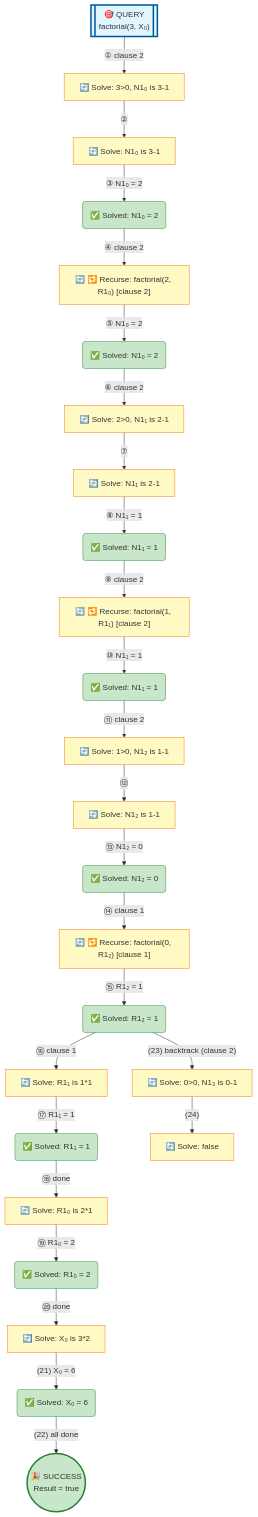
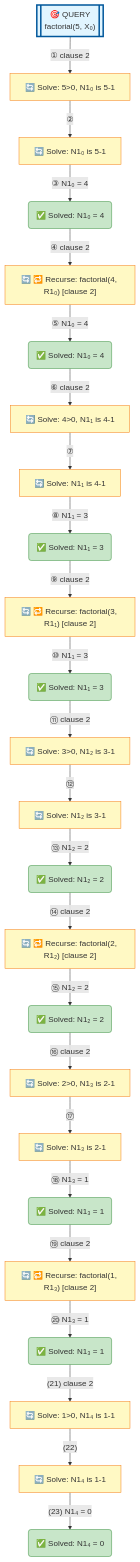
The diagram in examples/factorial-standard.md (jarecsni/prolog-trace-viz), drawn with Mermaid before and after one commit. The commit also changed other lines of this file and 14 other files, not shown here.

Commit message:
📝 regenerate all example outputs with latest fixes (clause filtering and final answer display)

````diff
--- a/examples/factorial-standard.md
+++ b/examples/factorial-standard.md
@@ -17,57 +17,55 @@
 graph TD
 
 %% Nodes
-A[["🎯 QUERY<br/>factorial(3, X₀)"]]
-B["🔄 Solve: 3>0, N1₀ is 3-1"]
-C["🔄 Solve: N1₀ is 3-1"]
-D("✅ Solved: N1₀ = 2")
-E["🔄 🔁 Recurse: factorial(2, R1₀) [clause 2]"]
-F("✅ Solved: N1₀ = 2")
-G["🔄 Solve: 2>0, N1₁ is 2-1"]
-H["🔄 Solve: N1₁ is 2-1"]
-I("✅ Solved: N1₁ = 1")
-J["🔄 🔁 Recurse: factorial(1, R1₁) [clause 2]"]
-K("✅ Solved: N1₁ = 1")
-L["🔄 Solve: 1>0, N1₂ is 1-1"]
-M["🔄 Solve: N1₂ is 1-1"]
-N("✅ Solved: N1₂ = 0")
-O["🔄 🔁 Recurse: factorial(0, R1₂) [clause 1]"]
-P("✅ Solved: R1₂ = 1")
-Q["🔄 Solve: R1₁ is 1*1"]
-R("✅ Solved: R1₁ = 1")
-S["🔄 Solve: R1₀ is 2*1"]
-T("✅ Solved: R1₀ = 2")
-U["🔄 Solve: X₀ is 3*2"]
-V("✅ Solved: X₀ = 6")
-W(("🎉 SUCCESS<br/>Result = true"))
-X["🔄 Solve: 0>0, N1₃ is 0-1"]
-Y["🔄 Solve: false"]
+A[["🎯 QUERY<br/>factorial(5, X₀)"]]
+B["🔄 Solve: 5>0, N1₀ is 5-1"]
+C["🔄 Solve: N1₀ is 5-1"]
+D("✅ Solved: N1₀ = 4")
+E["🔄 🔁 Recurse: factorial(4, R1₀) [clause 2]"]
+F("✅ Solved: N1₀ = 4")
+G["🔄 Solve: 4>0, N1₁ is 4-1"]
+H["🔄 Solve: N1₁ is 4-1"]
+I("✅ Solved: N1₁ = 3")
+J["🔄 🔁 Recurse: factorial(3, R1₁) [clause 2]"]
+K("✅ Solved: N1₁ = 3")
+L["🔄 Solve: 3>0, N1₂ is 3-1"]
+M["🔄 Solve: N1₂ is 3-1"]
+N("✅ Solved: N1₂ = 2")
+O["🔄 🔁 Recurse: factorial(2, R1₂) [clause 2]"]
+P("✅ Solved: N1₂ = 2")
+Q["🔄 Solve: 2>0, N1₃ is 2-1"]
+R["🔄 Solve: N1₃ is 2-1"]
+S("✅ Solved: N1₃ = 1")
+T["🔄 🔁 Recurse: factorial(1, R1₃) [clause 2]"]
+U("✅ Solved: N1₃ = 1")
+V["🔄 Solve: 1>0, N1₄ is 1-1"]
+W["🔄 Solve: N1₄ is 1-1"]
+X("✅ Solved: N1₄ = 0")
 
 %% Edges
 A -->|"① clause 2"| B
 B -->|"②"| C
-C -->|"③ N1₀ = 2"| D
+C -->|"③ N1₀ = 4"| D
 D -->|"④ clause 2"| E
-E -->|"⑤ N1₀ = 2"| F
+E -->|"⑤ N1₀ = 4"| F
 F -->|"⑥ clause 2"| G
 G -->|"⑦"| H
-H -->|"⑧ N1₁ = 1"| I
+H -->|"⑧ N1₁ = 3"| I
 I -->|"⑨ clause 2"| J
-J -->|"⑩ N1₁ = 1"| K
+J -->|"⑩ N1₁ = 3"| K
 K -->|"⑪ clause 2"| L
 L -->|"⑫"| M
-M -->|"⑬ N1₂ = 0"| N
-N -->|"⑭ clause 1"| O
-O -->|"⑮ R1₂ = 1"| P
-P -->|"⑯ clause 1"| Q
-Q -->|"⑰ R1₁ = 1"| R
-R -->|"⑱ done"| S
-S -->|"⑲ R1₀ = 2"| T
-T -->|"⑳ done"| U
-U -->|"(21) X₀ = 6"| V
-V -->|"(22) all done"| W
-P -->|"(23) backtrack (clause 2)"| X
-X -->|"(24)"| Y
+M -->|"⑬ N1₂ = 2"| N
+N -->|"⑭ clause 2"| O
+O -->|"⑮ N1₂ = 2"| P
+P -->|"⑯ clause 2"| Q
+Q -->|"⑰"| R
+R -->|"⑱ N1₃ = 1"| S
+S -->|"⑲ clause 2"| T
+T -->|"⑳ N1₃ = 1"| U
+U -->|"(21) clause 2"| V
+V -->|"(22)"| W
+W -->|"(23) N1₄ = 0"| X
 
 %% Styles
 style A fill:#e1f5ff,stroke:#01579b,stroke-width:3px
@@ -87,12 +85,11 @@
 style O fill:#fff9c4,stroke:#f57f17
 style P fill:#c8e6c9,stroke:#388e3c
 style Q fill:#fff9c4,stroke:#f57f17
-style R fill:#c8e6c9,stroke:#388e3c
-style S fill:#fff9c4,stroke:#f57f17
-style T fill:#c8e6c9,stroke:#388e3c
-style U fill:#fff9c4,stroke:#f57f17
-style V fill:#c8e6c9,stroke:#388e3c
-style W fill:#c8e6c9,stroke:#2e7d32,stroke-width:3px
-style X fill:#fff9c4,stroke:#f57f17
-style Y fill:#fff9c4,stroke:#f57f17
+style R fill:#fff9c4,stroke:#f57f17
+style S fill:#c8e6c9,stroke:#388e3c
+style T fill:#fff9c4,stroke:#f57f17
+style U fill:#c8e6c9,stroke:#388e3c
+style V fill:#fff9c4,stroke:#f57f17
+style W fill:#fff9c4,stroke:#f57f17
+style X fill:#c8e6c9,stroke:#388e3c
 ```
````
